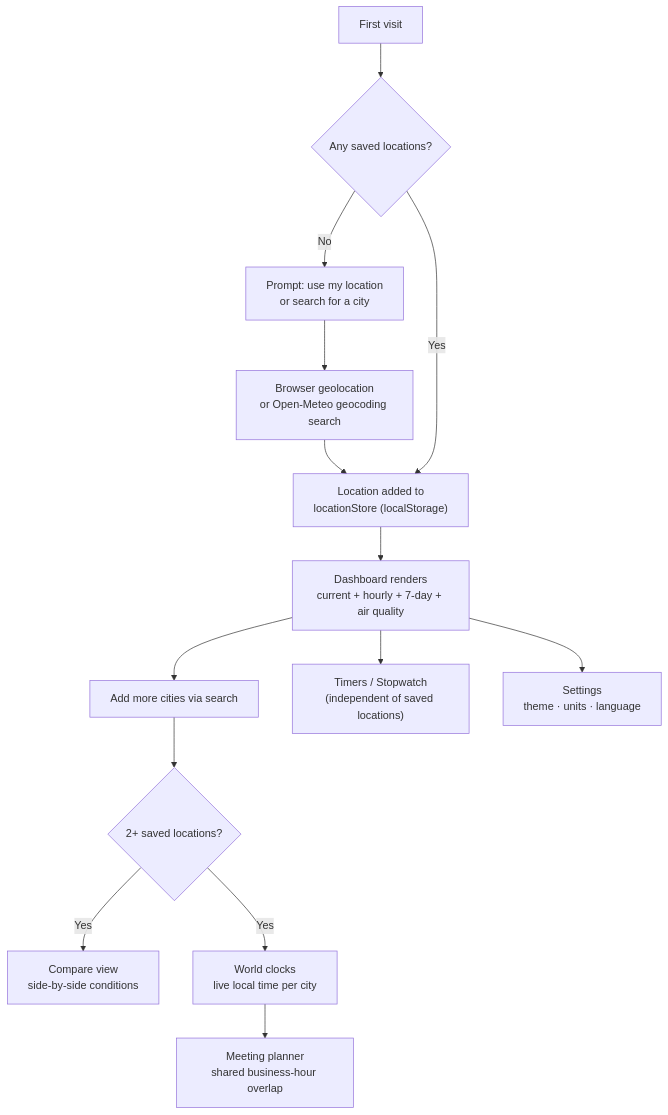
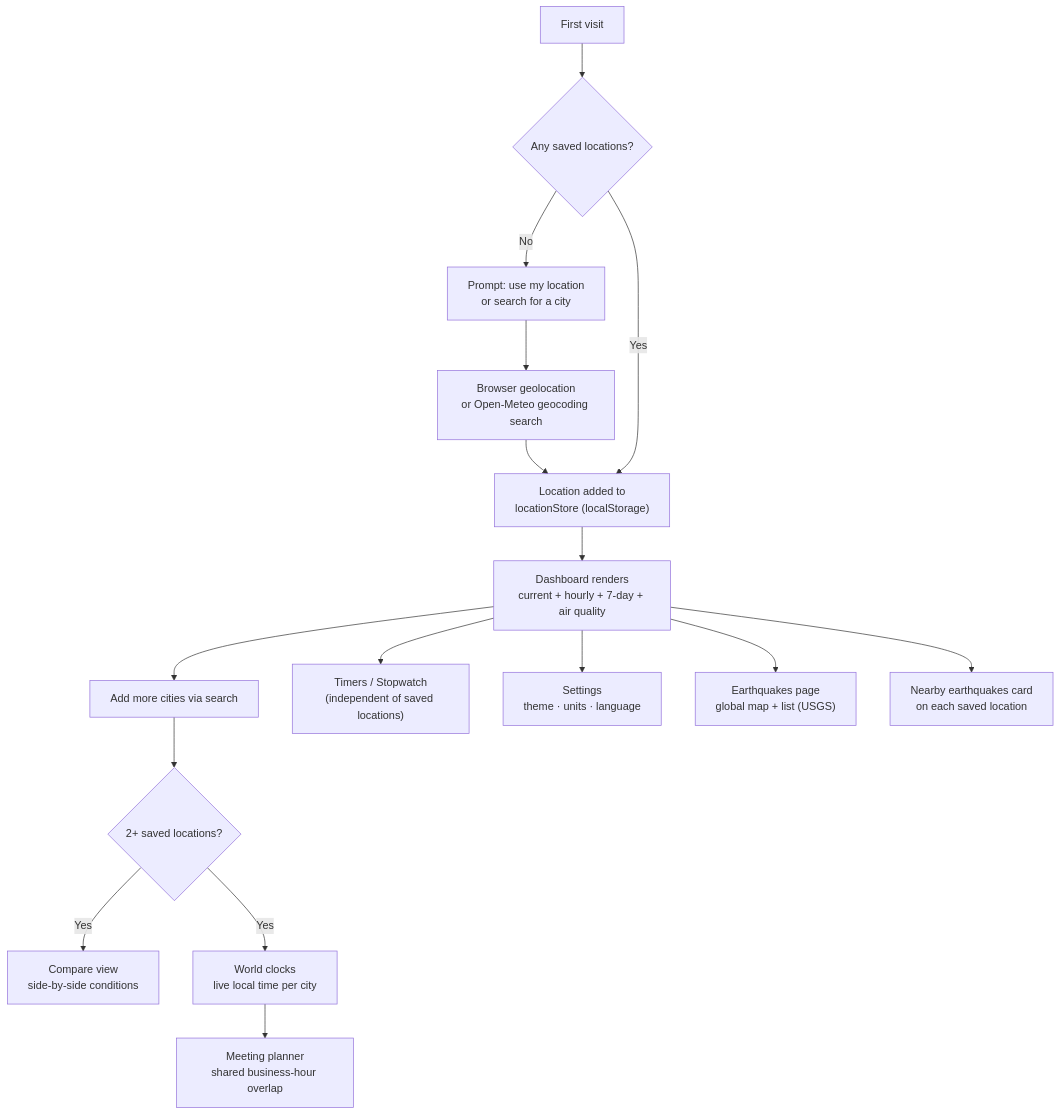
The diagram in docs/USER_GUIDE.md (AhmedNassar7/horizon), drawn with Mermaid before and after one commit. The commit also changed other lines of this file and 6 other files, not shown here.

Commit message:
fix: give the location map pin an accessible name

````diff
--- a/docs/USER_GUIDE.md
+++ b/docs/USER_GUIDE.md
@@ -5,16 +5,18 @@
 ```mermaid
 flowchart TD
     A["First visit"] --> B{"Any saved locations?"}
     B -- "No" --> C["Prompt: use my location\nor search for a city"]
     C --> D["Browser geolocation\nor Open-Meteo geocoding search"]
     D --> E["Location added to\nlocationStore (localStorage)"]
     B -- "Yes" --> E
     E --> F["Dashboard renders\ncurrent + hourly + 7-day + air quality"]
     F --> G["Add more cities via search"]
     G --> H{"2+ saved locations?"}
     H -- "Yes" --> I["Compare view\nside-by-side conditions"]
     H -- "Yes" --> J["World clocks\nlive local time per city"]
     J --> K["Meeting planner\nshared business-hour overlap"]
     F --> L["Timers / Stopwatch\n(independent of saved locations)"]
     F --> M["Settings\ntheme · units · language"]
+    F --> N["Earthquakes page\nglobal map + list (USGS)"]
+    F --> O["Nearby earthquakes card\non each saved location"]
 ```
````
